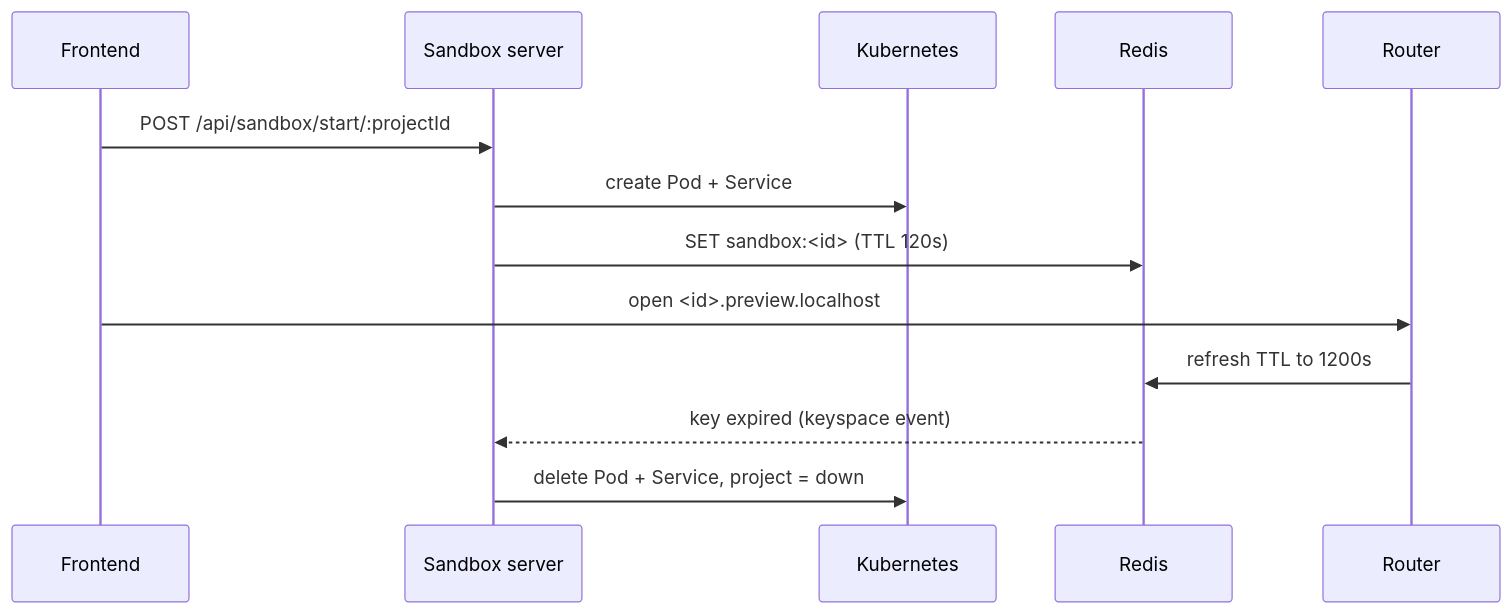
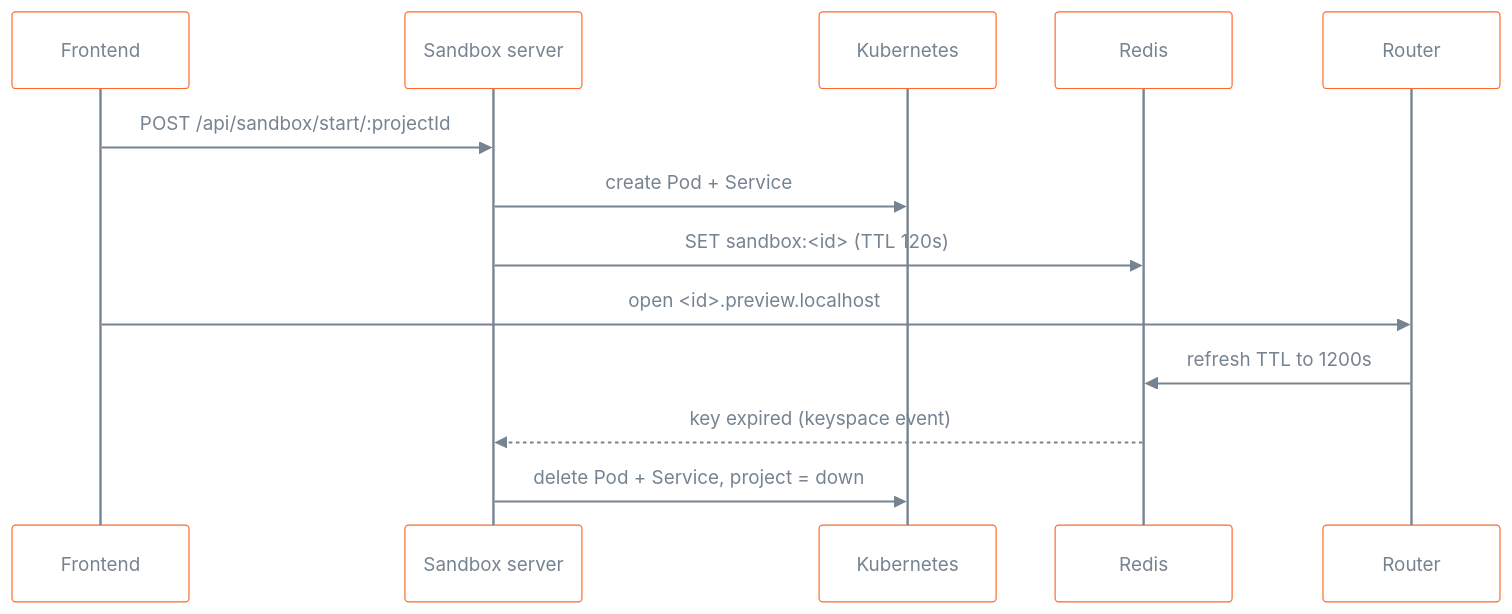
The diagram in docs/ARCHITECTURE.md (Sahil-coder-30/Capstone), drawn with Mermaid before and after one commit. The commit also changed other lines of this file and 1 other file, not shown here.

First line of the commit message:
docs: redraw README diagrams with transparent styling

````diff
--- a/docs/ARCHITECTURE.md
+++ b/docs/ARCHITECTURE.md
@@ -75,15 +67,16 @@
 ```mermaid
+%%{init: {"theme": "base", "themeVariables": {"background": "transparent", "actorBkg": "transparent", "actorBorder": "#FF6A2B", "actorTextColor": "#768390", "actorLineColor": "#768390", "signalColor": "#768390", "signalTextColor": "#768390", "labelBoxBkgColor": "transparent", "labelBoxBorderColor": "#768390", "labelTextColor": "#768390", "noteBkgColor": "transparent", "noteBorderColor": "#768390", "noteTextColor": "#768390"}}}%%
 sequenceDiagram
     participant U as Frontend
     participant S as Sandbox server
     participant K as Kubernetes
     participant R as Redis
     participant P as Router
     U->>S: POST /api/sandbox/start/:projectId
     S->>K: create Pod + Service
     S->>R: SET sandbox:<id> (TTL 120s)
     U->>P: open <id>.preview.localhost
     P->>R: refresh TTL to 1200s
     R-->>S: key expired (keyspace event)
     S->>K: delete Pod + Service, project = down
 ```
````
